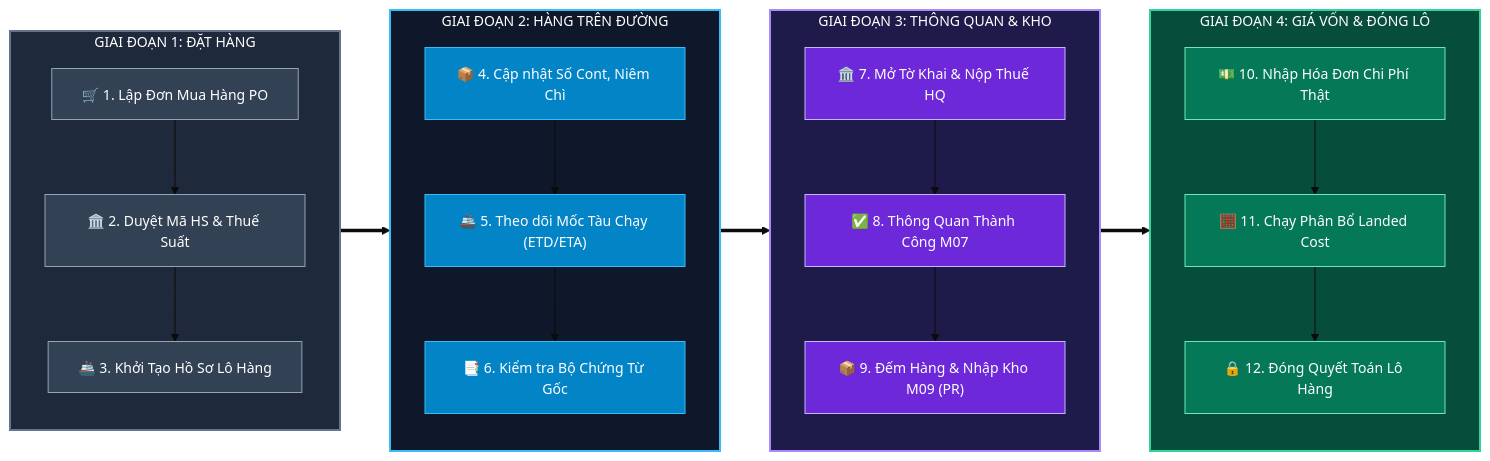
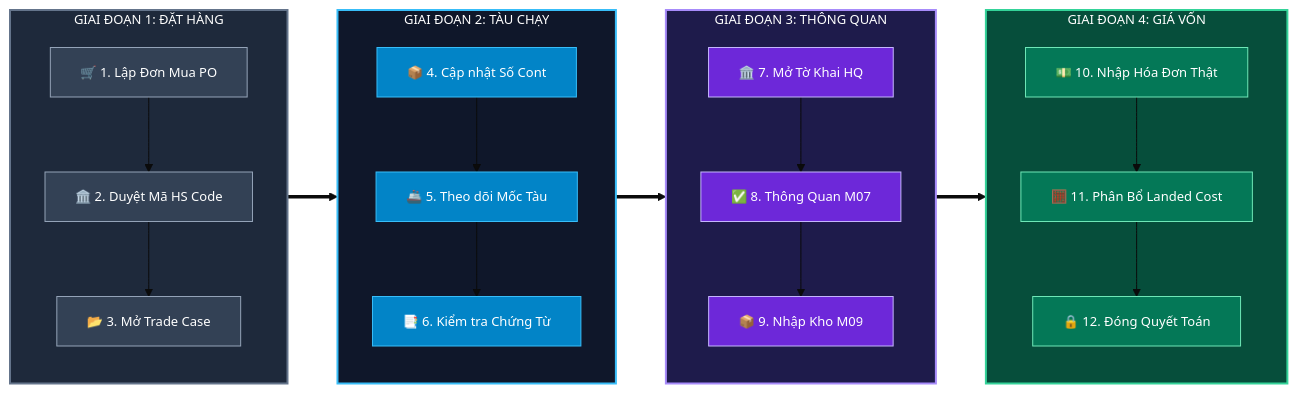
The third of 4 diagrams in KIEN_TRUC_HE_THONG_QUAN_TRI_XUAT_NHAP_KHAU.md (capkimkhanh2k5/Logistics_ERPNext_RAG), drawn with Mermaid before and after one commit. The commit also changed other lines of this file, not shown here.

Commit message:
fix(diagrams): resolve text overlap in T5 and integrate Trade Case vs Shipment model

````diff
--- a/KIEN_TRUC_HE_THONG_QUAN_TRI_XUAT_NHAP_KHAU.md
+++ b/KIEN_TRUC_HE_THONG_QUAN_TRI_XUAT_NHAP_KHAU.md
@@ -192,64 +153,62 @@
 ```mermaid
-%%{init: {'theme': 'base', 'themeVariables': { 'fontFamily': 'Arial, sans-serif', 'fontSize': '14px'}}}%%
+%%{init: {'theme': 'base', 'themeVariables': { 'fontFamily': 'Arial, sans-serif', 'fontSize': '13px'}}}%%
 flowchart LR
-    %% CHẶNG 1
-    subgraph S1["GIAI ĐOẠN 1: ĐẶT HÀNG"]
+    %% GIAI ĐOẠN 1
+    subgraph G1["GIAI ĐOẠN 1: ĐẶT HÀNG"]
         direction TB
-        S1_1["🛒 1. Lập Đơn Mua Hàng PO"]
-        S1_2["🏛️ 2. Duyệt Mã HS & Thuế Suất"]
-        S1_3["🚢 3. Khởi Tạo Hồ Sơ Lô Hàng"]
-        S1_1 --> S1_2 --> S1_3
+        G1_1["🛒 1. Lập Đơn Mua PO"]
+        G1_2["🏛️ 2. Duyệt Mã HS Code"]
+        G1_3["📂 3. Mở Trade Case"]
+        G1_1 --> G1_2 --> G1_3
     end
 
-    %% CHẶNG 2
-    subgraph S2["GIAI ĐOẠN 2: HÀNG TRÊN ĐƯỜNG"]
+    %% GIAI ĐOẠN 2
+    subgraph G2["GIAI ĐOẠN 2: TÀU CHẠY"]
         direction TB
-        S2_1["📦 4. Cập nhật Số Cont, Niêm Chì"]
-        S2_2["🚢 5. Theo dõi Mốc Tàu Chạy (ETD/ETA)"]
-        S2_3["📑 6. Kiểm tra Bộ Chứng Từ Gốc"]
-        S2_1 --> S2_2 --> S2_3
+        G2_1["📦 4. Cập nhật Số Cont"]
+        G2_2["🚢 5. Theo dõi Mốc Tàu"]
+        G2_3["📑 6. Kiểm tra Chứng Từ"]
+        G2_1 --> G2_2 --> G2_3
     end
 
-    %% CHẶNG 3
-    subgraph S3["GIAI ĐOẠN 3: THÔNG QUAN & KHO"]
+    %% GIAI ĐOẠN 3
+    subgraph G3["GIAI ĐOẠN 3: THÔNG QUAN"]
         direction TB
-        S3_1["🏛️ 7. Mở Tờ Khai & Nộp Thuế HQ"]
-        S3_2["✅ 8. Thông Quan Thành Công M07"]
-        S3_3["📦 9. Đếm Hàng & Nhập Kho M09 (PR)"]
-        S3_1 --> S3_2 --> S3_3
+        G3_1["🏛️ 7. Mở Tờ Khai HQ"]
+        G3_2["✅ 8. Thông Quan M07"]
+        G3_3["📦 9. Nhập Kho M09"]
+        G3_1 --> G3_2 --> G3_3
     end
 
-    %% CHẶNG 4
-    subgraph S4["GIAI ĐOẠN 4: GIÁ VỐN & ĐÓNG LÔ"]
+    %% GIAI ĐOẠN 4
+    subgraph G4["GIAI ĐOẠN 4: GIÁ VỐN"]
         direction TB
-        S4_1["💵 10. Nhập Hóa Đơn Chi Phí Thật"]
-        S4_2["🧮 11. Chạy Phân Bổ Landed Cost"]
-        S4_3["🔒 12. Đóng Quyết Toán Lô Hàng"]
-        S4_1 --> S4_2 --> S4_3
+        G4_1["💵 10. Nhập Hóa Đơn Thật"]
+        G4_2["🧮 11. Phân Bổ Landed Cost"]
+        G4_3["🔒 12. Đóng Quyết Toán"]
+        G4_1 --> G4_2 --> G4_3
     end
 
-    %% LIÊN KẾT CHẶNG
-    S1 ==> S2 ==> S3 ==> S4
+    G1 ==> G2 ==> G3 ==> G4
 
-    %% STYLE NỀN MÀU RÕ RÀNG
-    style S1 fill:#1E293B,stroke:#64748B,stroke-width:2px,color:#FFFFFF
-    style S2 fill:#0F172A,stroke:#38BDF8,stroke-width:2px,color:#FFFFFF
-    style S3 fill:#1E1B4B,stroke:#A78BFA,stroke-width:2px,color:#FFFFFF
-    style S4 fill:#064E3B,stroke:#34D399,stroke-width:2px,color:#FFFFFF
+    style G1 fill:#1E293B,stroke:#64748B,stroke-width:2px,color:#FFFFFF
+    style G2 fill:#0F172A,stroke:#38BDF8,stroke-width:2px,color:#FFFFFF
+    style G3 fill:#1E1B4B,stroke:#A78BFA,stroke-width:2px,color:#FFFFFF
+    style G4 fill:#064E3B,stroke:#34D399,stroke-width:2px,color:#FFFFFF
 
-    style S1_1 fill:#334155,stroke:#94A3B8,color:#FFFFFF
-    style S1_2 fill:#334155,stroke:#94A3B8,color:#FFFFFF
-    style S1_3 fill:#334155,stroke:#94A3B8,color:#FFFFFF
+    style G1_1 fill:#334155,stroke:#94A3B8,color:#FFFFFF
+    style G1_2 fill:#334155,stroke:#94A3B8,color:#FFFFFF
+    style G1_3 fill:#334155,stroke:#94A3B8,color:#FFFFFF
 
-    style S2_1 fill:#0284C7,stroke:#38BDF8,color:#FFFFFF
-    style S2_2 fill:#0284C7,stroke:#38BDF8,color:#FFFFFF
-    style S2_3 fill:#0284C7,stroke:#38BDF8,color:#FFFFFF
+    style G2_1 fill:#0284C7,stroke:#38BDF8,color:#FFFFFF
+    style G2_2 fill:#0284C7,stroke:#38BDF8,color:#FFFFFF
+    style G2_3 fill:#0284C7,stroke:#38BDF8,color:#FFFFFF
 
-    style S3_1 fill:#6D28D9,stroke:#C4B5FD,color:#FFFFFF
-    style S3_2 fill:#6D28D9,stroke:#C4B5FD,color:#FFFFFF
-    style S3_3 fill:#6D28D9,stroke:#C4B5FD,color:#FFFFFF
+    style G3_1 fill:#6D28D9,stroke:#C4B5FD,color:#FFFFFF
+    style G3_2 fill:#6D28D9,stroke:#C4B5FD,color:#FFFFFF
+    style G3_3 fill:#6D28D9,stroke:#C4B5FD,color:#FFFFFF
 
-    style S4_1 fill:#047857,stroke:#6EE7B7,color:#FFFFFF
-    style S4_2 fill:#047857,stroke:#6EE7B7,color:#FFFFFF
-    style S4_3 fill:#047857,stroke:#6EE7B7,color:#FFFFFF
+    style G4_1 fill:#047857,stroke:#6EE7B7,color:#FFFFFF
+    style G4_2 fill:#047857,stroke:#6EE7B7,color:#FFFFFF
+    style G4_3 fill:#047857,stroke:#6EE7B7,color:#FFFFFF
 ```
````
